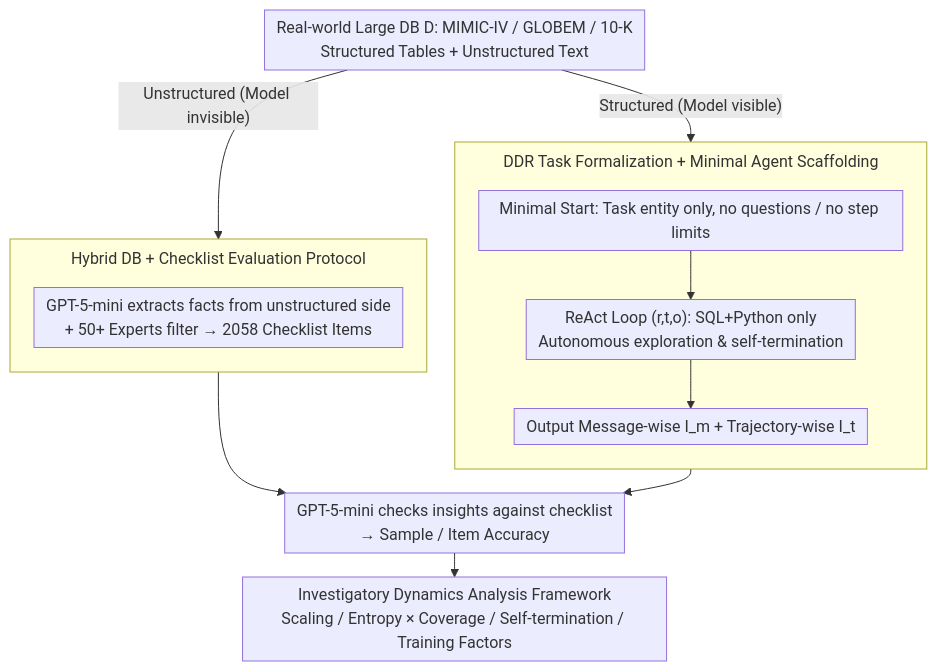
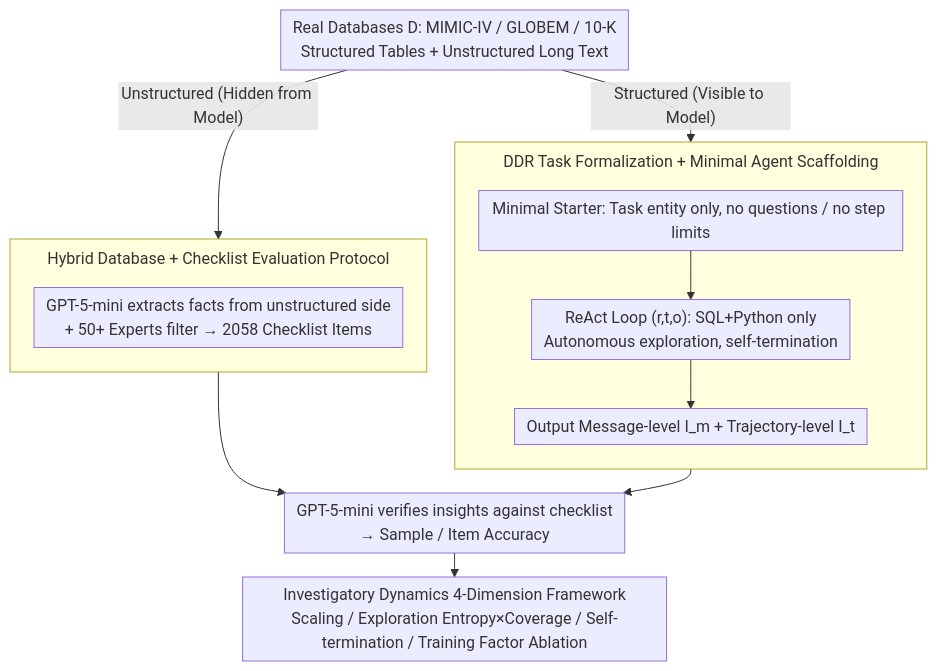
The diagram in docs/ICML2026/llm_agent/hunt_instead_of_wait_evaluating_deep_data_research_on_large_language_models.md (zhaoyang97/Paper-Notes-en), drawn with Mermaid before and after one commit. The commit also changed other lines of this file and 5084 other files, not shown here.

````diff
--- a/docs/ICML2026/llm_agent/hunt_instead_of_wait_evaluating_deep_data_research_on_large_language_models.md
+++ b/docs/ICML2026/llm_agent/hunt_instead_of_wait_evaluating_deep_data_research_on_large_language_models.md
@@ -44,19 +44,19 @@
 ```mermaid
 %%{init: {'flowchart': {'rankSpacing': 24, 'nodeSpacing': 28, 'padding': 6, 'wrappingWidth': 400, 'subGraphTitleMargin': {'top': 8, 'bottom': 16}}}}%%
 flowchart TD
-    A["Real-world Large DB D: MIMIC-IV / GLOBEM / 10-K<br/>Structured Tables + Unstructured Text"]
+    A["Real Databases D: MIMIC-IV / GLOBEM / 10-K<br/>Structured Tables + Unstructured Long Text"]
     subgraph TASK["DDR Task Formalization + Minimal Agent Scaffolding"]
         direction TB
-        E["Minimal Start: Task entity only, no questions / no step limits"] --> F["ReAct Loop (r,t,o): SQL+Python only<br/>Autonomous exploration & self-termination"]
-        F --> G["Output Message-wise I_m + Trajectory-wise I_t"]
+        E["Minimal Starter: Task entity only, no questions / no step limits"] --> F["ReAct Loop (r,t,o): SQL+Python only<br/>Autonomous exploration, self-termination"]
+        F --> G["Output Message-level I_m + Trajectory-level I_t"]
     end
-    subgraph CK["Hybrid DB + Checklist Evaluation Protocol"]
+    subgraph CK["Hybrid Database + Checklist Evaluation Protocol"]
         direction TB
         D["GPT-5-mini extracts facts from unstructured side<br/>+ 50+ Experts filter → 2058 Checklist Items"]
     end
-    A -->|"Structured (Model visible)"| E
-    A -->|"Unstructured (Model invisible)"| D
-    G --> J["GPT-5-mini checks insights against checklist<br/>→ Sample / Item Accuracy"]
+    A -->|"Structured (Visible to Model)"| E
+    A -->|"Unstructured (Hidden from Model)"| D
+    G --> J["GPT-5-mini verifies insights against checklist<br/>→ Sample / Item Accuracy"]
     D --> J
-    J --> K["Investigatory Dynamics Analysis Framework<br/>Scaling / Entropy × Coverage / Self-termination / Training Factors"]
+    J --> K["Investigatory Dynamics 4-Dimension Framework<br/>Scaling / Exploration Entropy×Coverage / Self-termination / Training Factor Ablation"]
 ```
````
